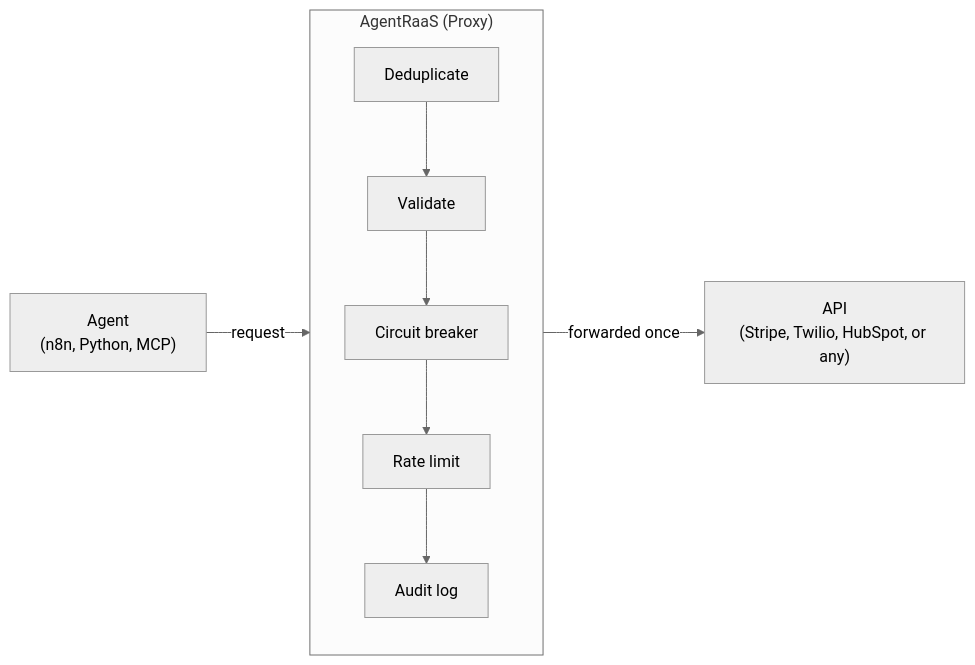
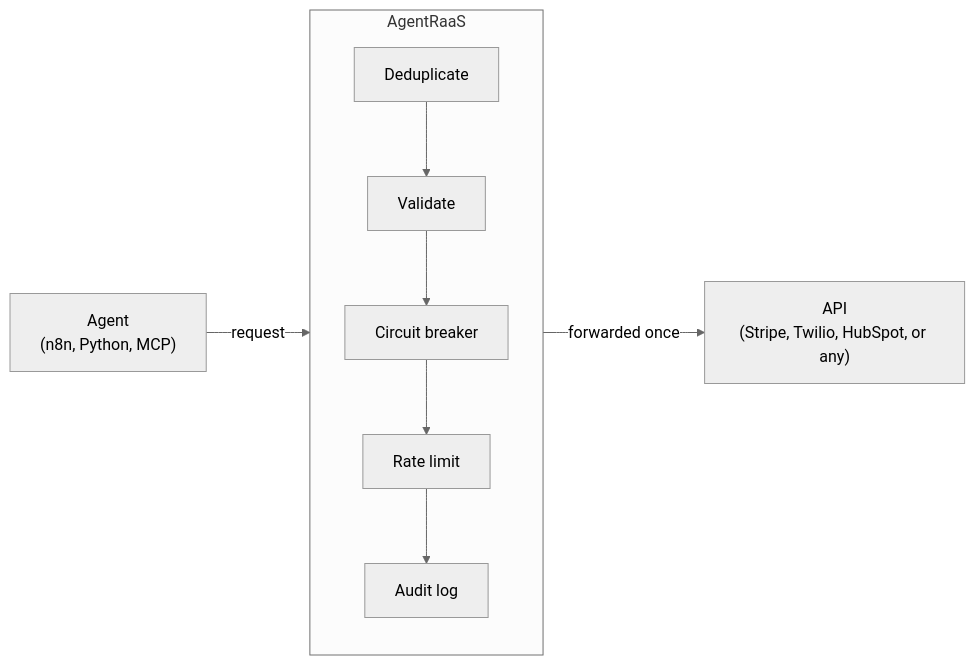
The first of 2 diagrams in README.md (sumedhchatse/agentraas), drawn with Mermaid (neutral theme) before and after one commit. The commit also changed other lines of this file and 1 other file, not shown here.

````diff
--- a/README.md
+++ b/README.md
@@ -27,9 +27,9 @@
 ```mermaid
 flowchart LR
     Agent["Agent<br/>(n8n, Python, MCP)"] -->|request| Proxy
-    subgraph Proxy["AgentRaaS (Proxy)"]
+    subgraph Proxy["AgentRaaS"]
         direction TB
         D["Deduplicate"] --> V["Validate"] --> C["Circuit breaker"] --> R["Rate limit"] --> A["Audit log"]
     end
     Proxy -->|forwarded once| API["API<br/>(Stripe, Twilio, HubSpot, or any)"]
 ```
````
